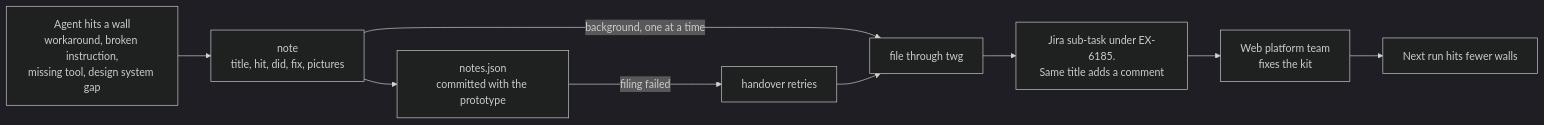
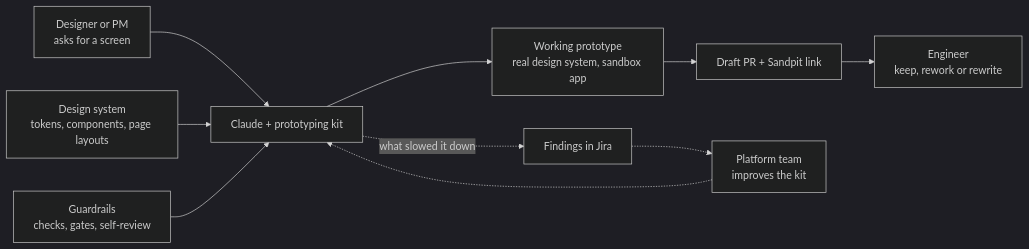
One commit to oleg-chibikov/project-architecture changed the first of 3 diagrams in README.md. Above: the diagram before and after it, drawn with Mermaid (dark theme). The commit also changed other lines of this file, not shown here.

Commit message:
Rewrite as interview notes, add token auto-versioning

````diff
--- a/README.md
+++ b/README.md
@@ -114,11 +11,12 @@
 ```mermaid
 flowchart LR
-  Wall["Agent hits a wall<br/>workaround, broken instruction,<br/>missing tool, design system gap"] --> Note["note<br/>title, hit, did, fix, pictures"]
-  Note --> NJ["notes.json<br/>committed with the prototype"]
-  Note -->|background, one at a time| File["file through twg"]
-  File --> Jira["Jira sub-task under EX-6185.<br/>Same title adds a comment"]
-  Jira --> Team["Web platform team<br/>fixes the kit"]
-  Team --> Next["Next run hits fewer walls"]
-  NJ -->|filing failed| HO["handover retries"]
-  HO --> File
+  Author["Designer or PM<br/>asks for a screen"] --> Kit["Claude + prototyping kit"]
+  Kit --> Proto["Working prototype<br/>real design system, sandbox app"]
+  Proto --> Share["Draft PR + Sandpit link"]
+  Share --> Eng["Engineer<br/>keep, rework or rewrite"]
+  DS["Design system<br/>tokens, components, page layouts"] --> Kit
+  Guard["Guardrails<br/>checks, gates, self-review"] --> Kit
+  Kit -.->|what slowed it down| Jira["Findings in Jira"]
+  Jira -.-> Team["Platform team<br/>improves the kit"]
+  Team -.-> Kit
 ```
````
